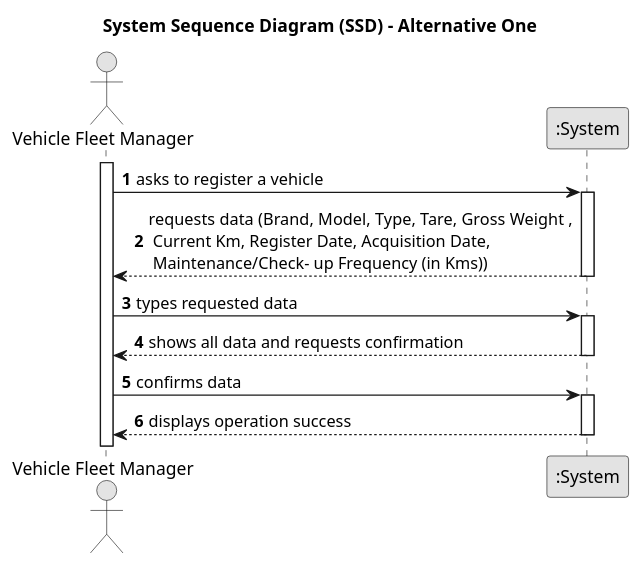
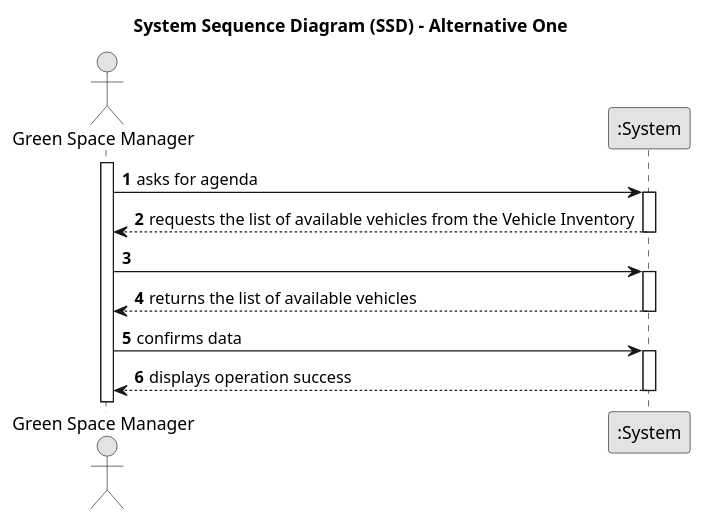
Before and after one commit to Departamento-de-Engenharia-Informatica/lei-24-s2-1dl-g121: the diagram in docs/sprintC/us026/01.requirements-engineering/puml/us026-system-sequence-diagram-alternative-one.puml, drawn with PlantUML. The commit also changed 2 other files, not shown here.

Commit message:
DOMAIN MODEL US024

```diff
--- a/docs/sprintC/us026/01.requirements-engineering/puml/us026-system-sequence-diagram-alternative-one.puml
+++ b/docs/sprintC/us026/01.requirements-engineering/puml/us026-system-sequence-diagram-alternative-one.puml
@@ -1,33 +1,33 @@
 @startuml
 skinparam monochrome true
 skinparam packageStyle rectangle
 skinparam shadowing false
 
 title System Sequence Diagram (SSD) - Alternative One
 
 autonumber
 
-actor "Vehicle Fleet Manager" as Employee
+actor "Green Space Manager" as Employee
 participant ":System" as System
 
 activate Employee
 
-    Employee -> System : asks to register a vehicle
+    Employee -> System : asks for agenda
     activate System
 
-        System --> Employee : requests data (Brand, Model, Type, Tare, Gross Weight ,\n Current Km, Register Date, Acquisition Date,\n Maintenance/Check- up Frequency (in Kms))
+        System --> Employee : requests the list of available vehicles from the Vehicle Inventory
     deactivate System
 
-    Employee -> System : types requested data
+    Employee -> System :
     activate System
 
-        System --> Employee : shows all data and requests confirmation
+        System --> Employee : returns the list of available vehicles
     deactivate System
 
     Employee -> System : confirms data
     activate System
 
         System --> Employee : displays operation success
     deactivate System
 
 @enduml
```
